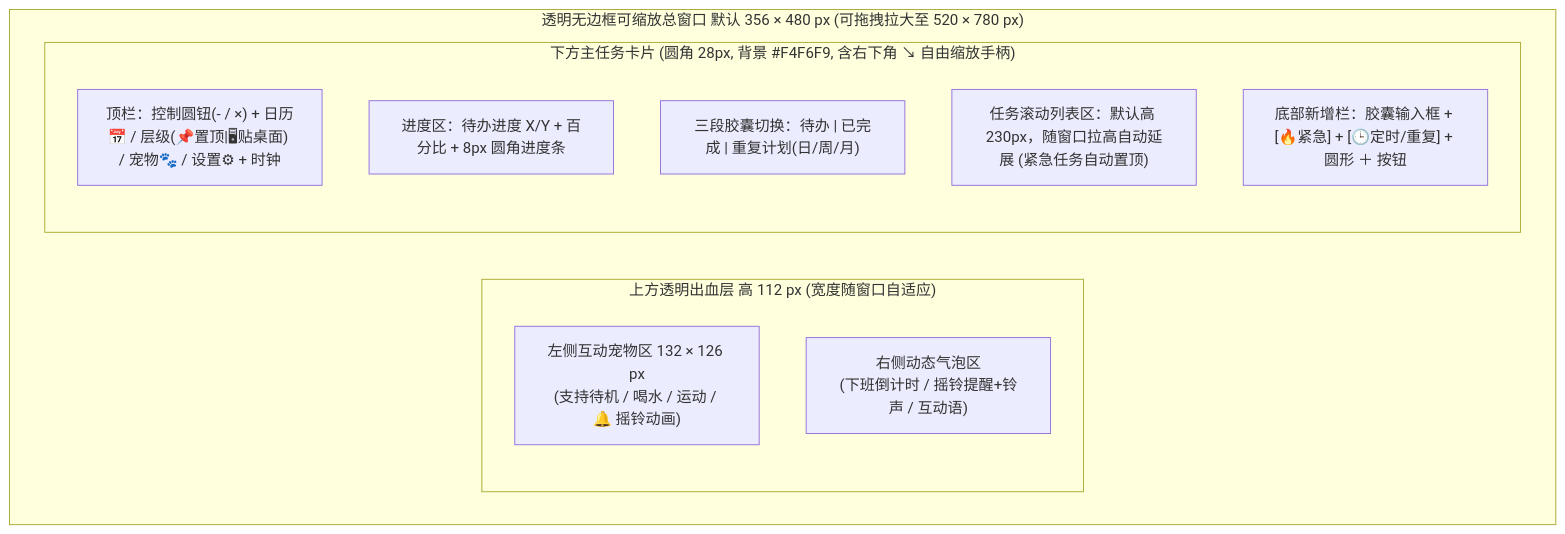
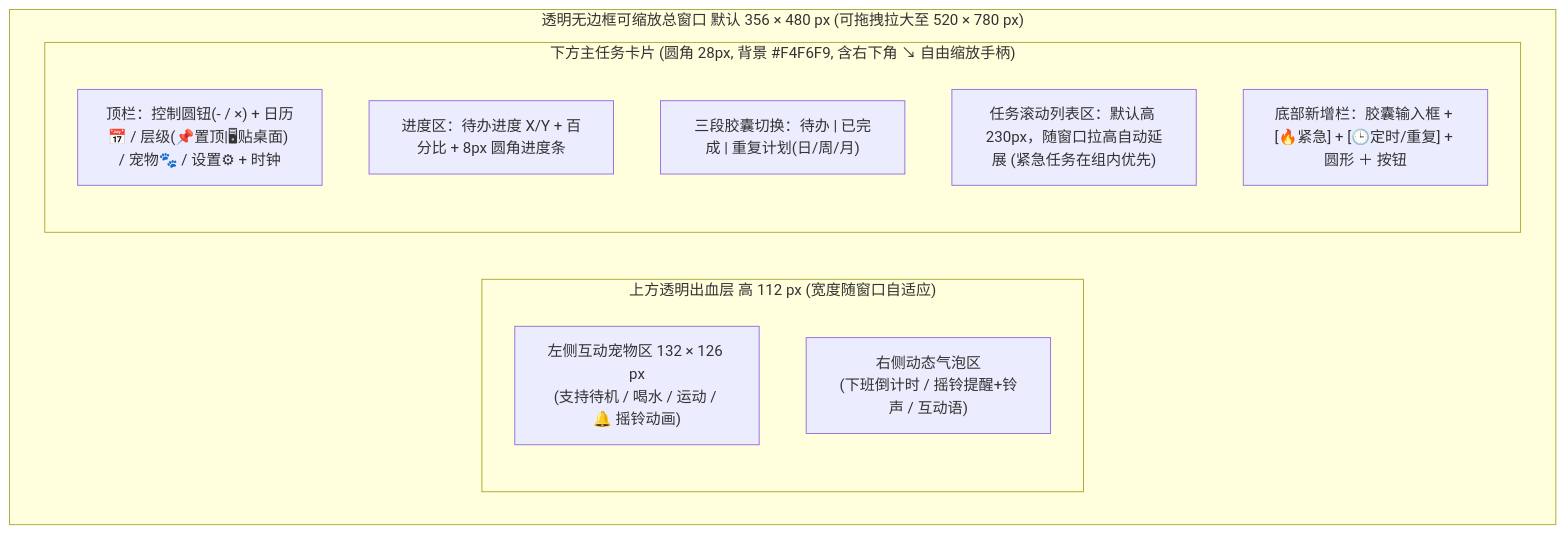
One commit to tenghuan123/ZaiZai changed the first of 2 diagrams in docs/prototype-design.md. Above: the diagram before and after it, drawn with Mermaid. The commit also changed other lines of this file and 16 other files, not shown here.

````diff
--- a/docs/prototype-design.md
+++ b/docs/prototype-design.md
@@ -31,16 +31,16 @@
 ```mermaid
 flowchart TB
     subgraph Window["透明无边框可缩放总窗口 默认 356 × 480 px (可拖拽拉大至 520 × 780 px)"]
         subgraph TopLayer["上方透明出血层 高 112 px (宽度随窗口自适应)"]
             Pet["左侧互动宠物区 132 × 126 px<br/>(支持待机 / 喝水 / 运动 / 🔔 摇铃动画)"]
             Bubble["右侧动态气泡区<br/>(下班倒计时 / 摇铃提醒+铃声 / 互动语)"]
         end
         subgraph CardLayer["下方主任务卡片 (圆角 28px, 背景 #F4F6F9, 含右下角 ↘ 自由缩放手柄)"]
             Header["顶栏：控制圆钮(- / ×) + 日历📅 / 层级(📌置顶|🖥贴桌面) / 宠物🐾 / 设置⚙ + 时钟"]
             Progress["进度区：待办进度 X/Y + 百分比 + 8px 圆角进度条"]
             Tabs["三段胶囊切换：待办 | 已完成 | 重复计划(日/周/月)"]
-            List["任务滚动列表区：默认高 230px，随窗口拉高自动延展 (紧急任务自动置顶)"]
+            List["任务滚动列表区：默认高 230px，随窗口拉高自动延展 (紧急任务在组内优先)"]
             Footer["底部新增栏：胶囊输入框 + [🔥紧急] + [🕒定时/重复] + 圆形 ＋ 按钮"]
         end
     end
 ```
````
